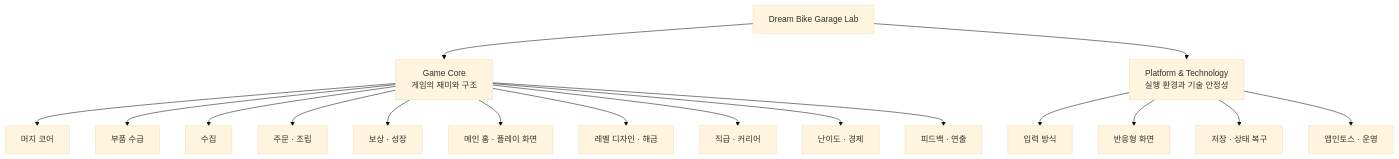
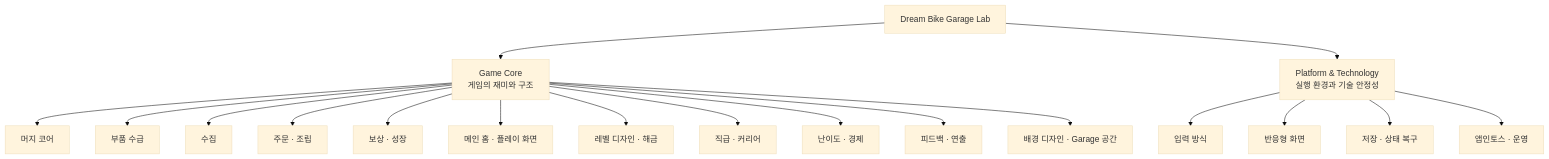
Before and after one commit to aigemro/dream-bike-garage-lab: the first of 4 diagrams in docs/LAB_PROTOTYPE_MAP.md, drawn with Mermaid (base theme). The commit also changed other lines of this file and 9 other files, not shown here.

````diff
--- a/docs/LAB_PROTOTYPE_MAP.md
+++ b/docs/LAB_PROTOTYPE_MAP.md
@@ -19,22 +19,23 @@
 ```mermaid
 flowchart TB
     LAB["Dream Bike Garage Lab"]
     LAB --> CORE["Game Core<br/>게임의 재미와 구조"]
     LAB --> PLATFORM["Platform & Technology<br/>실행 환경과 기술 안정성"]
 
     CORE --> MERGE["머지 코어"]
     CORE --> SUPPLY["부품 수급"]
     CORE --> COLLECTION["수집"]
     CORE --> ORDER["주문 · 조립"]
     CORE --> REWARD["보상 · 성장"]
     CORE --> HOME["메인 홈 · 플레이 화면"]
     CORE --> LEVEL["레벨 디자인 · 해금"]
     CORE --> CAREER["직급 · 커리어"]
     CORE --> ECONOMY["난이도 · 경제"]
     CORE --> FEEDBACK["피드백 · 연출"]
+    CORE --> BACKGROUND["배경 디자인 · Garage 공간"]
 
     PLATFORM --> INPUT["입력 방식"]
     PLATFORM --> RESPONSIVE["반응형 화면"]
     PLATFORM --> SAVE["저장 · 상태 복구"]
     PLATFORM --> TOSS["앱인토스 · 운영"]
 ```
````
